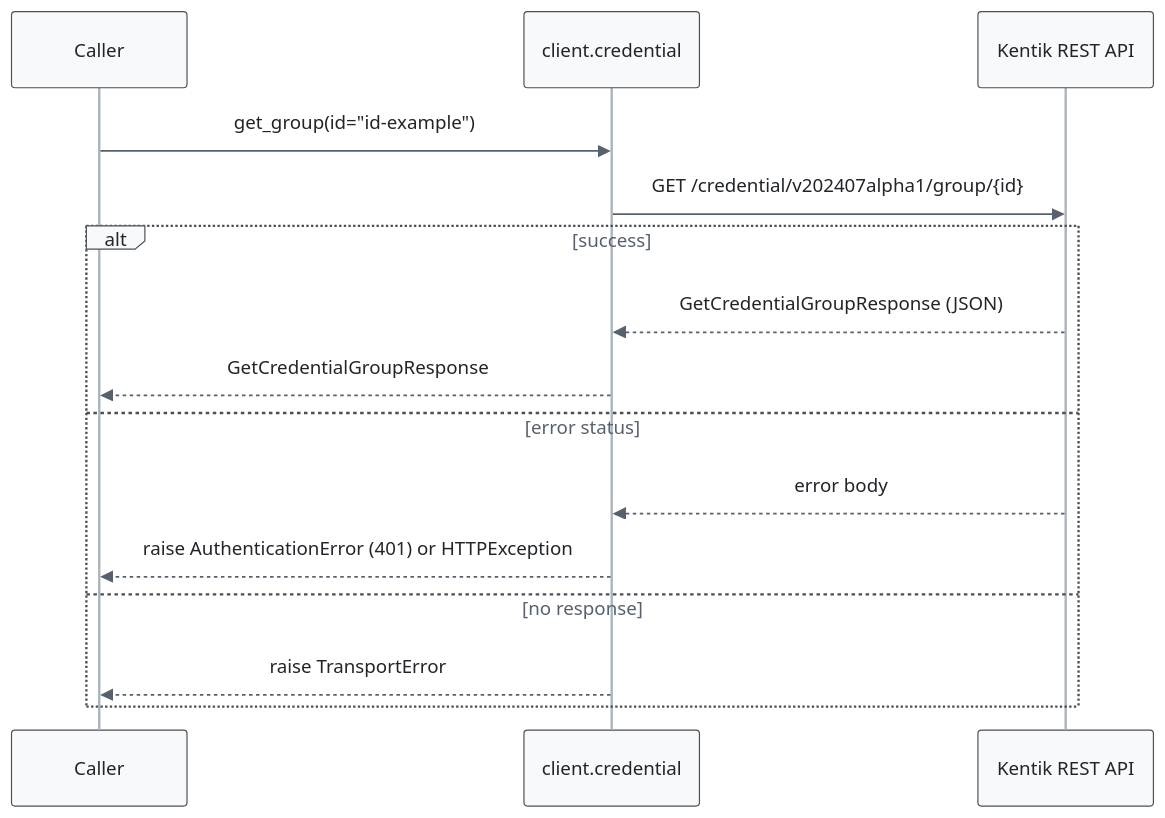
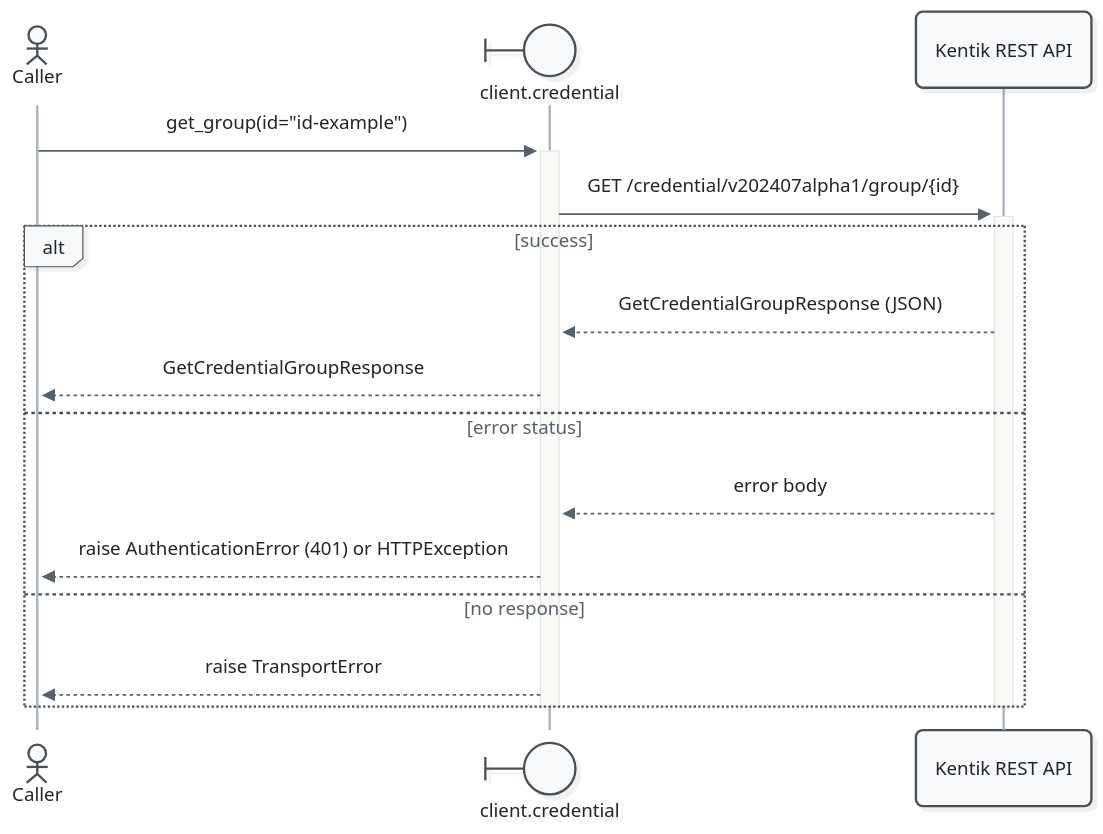
One commit to alexdearaujo/community_sdk_python changed the third of 5 diagrams in docs/sphinx/services/credential.md. Above: the diagram before and after it, drawn with Mermaid. The commit also changed other lines of this file and 52 other files, not shown here.

First line of the commit message:
docs: Mermaid 12 sequence diagrams with participant types and path colors

````diff
--- a/docs/sphinx/services/credential.md
+++ b/docs/sphinx/services/credential.md
@@ -103,19 +108,21 @@
 ```mermaid
-%%{init: {"theme": "base", "fontFamily": "ui-monospace, SFMono-Regular, Menlo, monospace", "themeVariables": {"fontFamily": "ui-monospace, SFMono-Regular, Menlo, monospace", "primaryColor": "#f8f9fa", "primaryBorderColor": "#495057", "primaryTextColor": "#212529", "textColor": "#212529", "lineColor": "#77818c", "edgeLabelBackground": "#ffffff", "actorBkg": "#f8f9fa", "actorBorder": "#495057", "actorTextColor": "#212529", "actorLineColor": "#a9b3be", "signalColor": "#57616d", "signalTextColor": "#212529", "labelBoxBkgColor": "#f8f9fa", "labelBoxBorderColor": "#495057", "labelTextColor": "#212529", "loopTextColor": "#57616d", "noteBkgColor": "#fff9db", "noteBorderColor": "#f08c00", "noteTextColor": "#a35a00"}, "flowchart": {"curve": "step", "nodeSpacing": 30, "rankSpacing": 70, "wrappingWidth": 400}}}%%
+%%{init: {"theme": "redux", "look": "neo", "layout": "dagre", "fontFamily": "ui-monospace, SFMono-Regular, Menlo, monospace", "themeVariables": {"fontFamily": "ui-monospace, SFMono-Regular, Menlo, monospace", "primaryColor": "#f8f9fa", "primaryBorderColor": "#495057", "primaryTextColor": "#212529", "textColor": "#212529", "lineColor": "#77818c", "edgeLabelBackground": "#ffffff", "actorBkg": "#f8f9fa", "actorBorder": "#495057", "actorTextColor": "#212529", "actorLineColor": "#a9b3be", "signalColor": "#57616d", "signalTextColor": "#212529", "labelBoxBkgColor": "#f8f9fa", "labelBoxBorderColor": "#495057", "labelTextColor": "#212529", "loopTextColor": "#57616d", "noteBkgColor": "#fff9db", "noteBorderColor": "#f08c00", "noteTextColor": "#a35a00"}, "sequence": {"activationWidth": 16}, "flowchart": {"curve": "step", "nodeSpacing": 30, "rankSpacing": 70, "wrappingWidth": 400}}}%%
 sequenceDiagram
-    participant C as Caller
-    participant W as client.credential
+    actor C as Caller
+    participant W@{ "type": "boundary" } as client.credential
     participant API as Kentik REST API
 
-    C->>W: get_group(id="id-example")
-    W->>API: GET /credential/v202407alpha1/group/{id}
+    C->>+W: get_group(id="id-example")
+    W->>+API: GET /credential/v202407alpha1/group/{id}
     alt success
         API-->>W: GetCredentialGroupResponse (JSON)
         W-->>C: GetCredentialGroupResponse
     else error status
         API-->>W: error body
         W-->>C: raise AuthenticationError (401) or HTTPException
     else no response
         W-->>C: raise TransportError
     end
+    deactivate API
+    deactivate W
 ```
````
